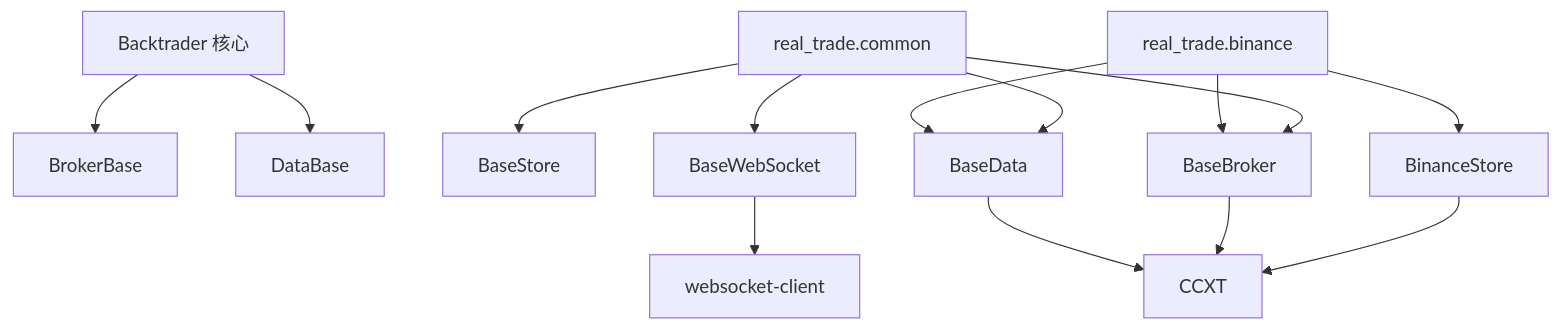
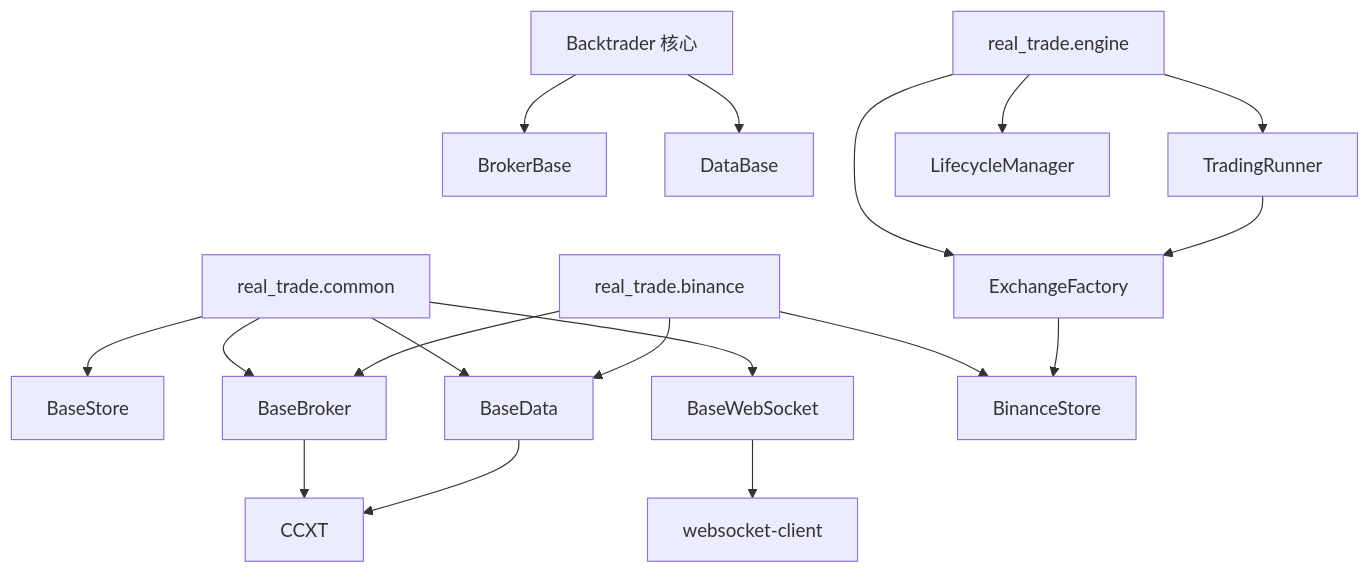
One commit to bench-prog/backtrader changed the ninth of 9 diagrams in .qoder/repowiki/zh/content/实盘交易模块/架构设计概览.md. Above: the diagram before and after it, drawn with Mermaid. The commit also changed other lines of this file and 40 other files, not shown here.

````diff
--- a/.qoder/repowiki/zh/content/实盘交易模块/架构设计概览.md
+++ b/.qoder/repowiki/zh/content/实盘交易模块/架构设计概览.md
@@ -380,16 +425,20 @@
 ```mermaid
 graph TB
 BT["Backtrader 核心"] --> BB["BrokerBase"]
 BT --> BD["DataBase"]
 COMMON["real_trade.common"] --> BS["BaseStore"]
 COMMON --> BBK["BaseBroker"]
 COMMON --> BDA["BaseData"]
 COMMON --> BWS["BaseWebSocket"]
+ENGINE["real_trade.engine"] --> TR["TradingRunner"]
+ENGINE --> EF["ExchangeFactory"]
+ENGINE --> LC["LifecycleManager"]
 BIN["real_trade.binance"] --> BSC["BinanceStore"]
 BIN --> BBK
 BIN --> BDA
-BSC --> CCXT["CCXT"]
-BBK --> CCXT
+TR --> EF
+EF --> BSC
+BBK --> CCXT["CCXT"]
 BDA --> CCXT
 BWS --> WS["websocket-client"]
 ```
````
